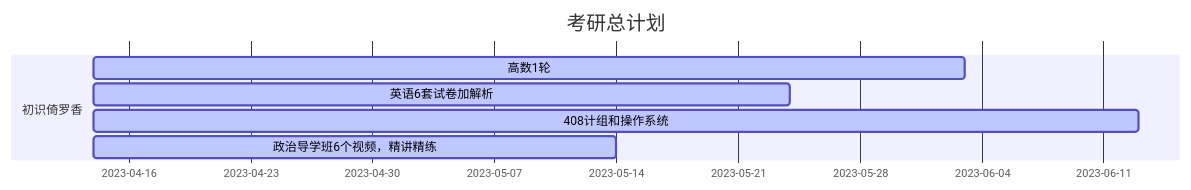
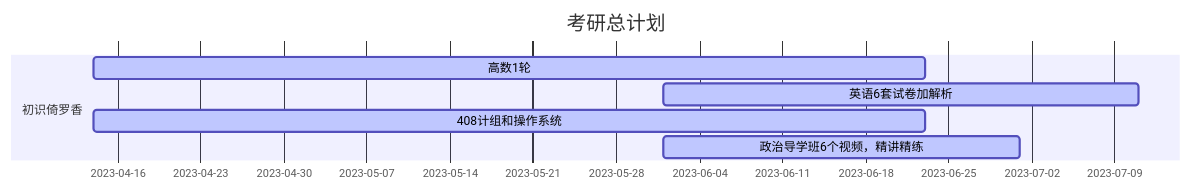
Before and after one commit to guohuiyuan/KaoyanPlan: the diagram in README.md, drawn with Mermaid. The commit also changed other lines of this file and 20 other files, not shown here.

````diff
--- a/README.md
+++ b/README.md
@@ -61,10 +61,10 @@
 ```mermaid
 gantt
 title 考研总计划
 
 section 初识倚罗香
-高数1轮      :active, a1, 2023-04-14, 50d
-英语6套试卷加解析     :active, a1, 2023-04-14, 40d
-408计组和操作系统       :active, a2, 2023-04-14, 60d
-政治导学班6个视频，精讲精练      :active, b1, 2023-04-14, 30d
+高数1轮      :active, a1, 2023-04-14, 70d
+英语6套试卷加解析     :active, a1, 2023-06-01, 40d
+408计组和操作系统       :active, a2, 2023-04-14, 70d
+政治导学班6个视频，精讲精练      :active, b1, 2023-06-01, 30d
 ```
````
